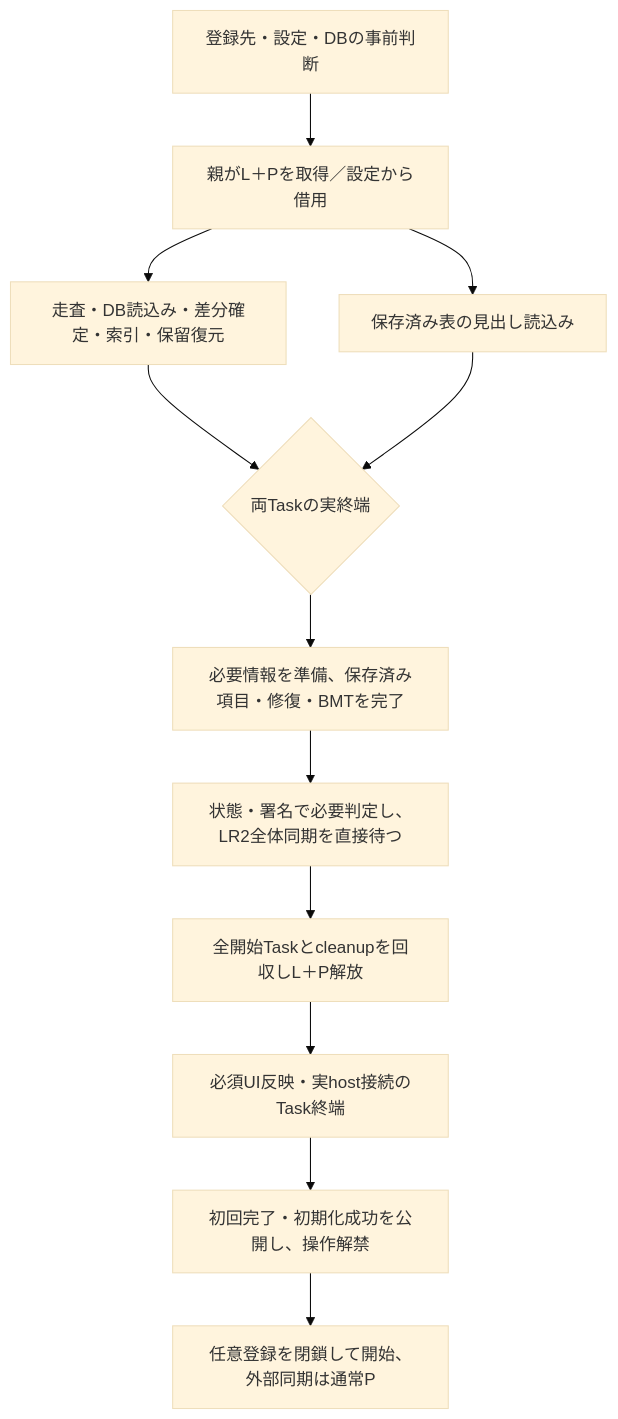
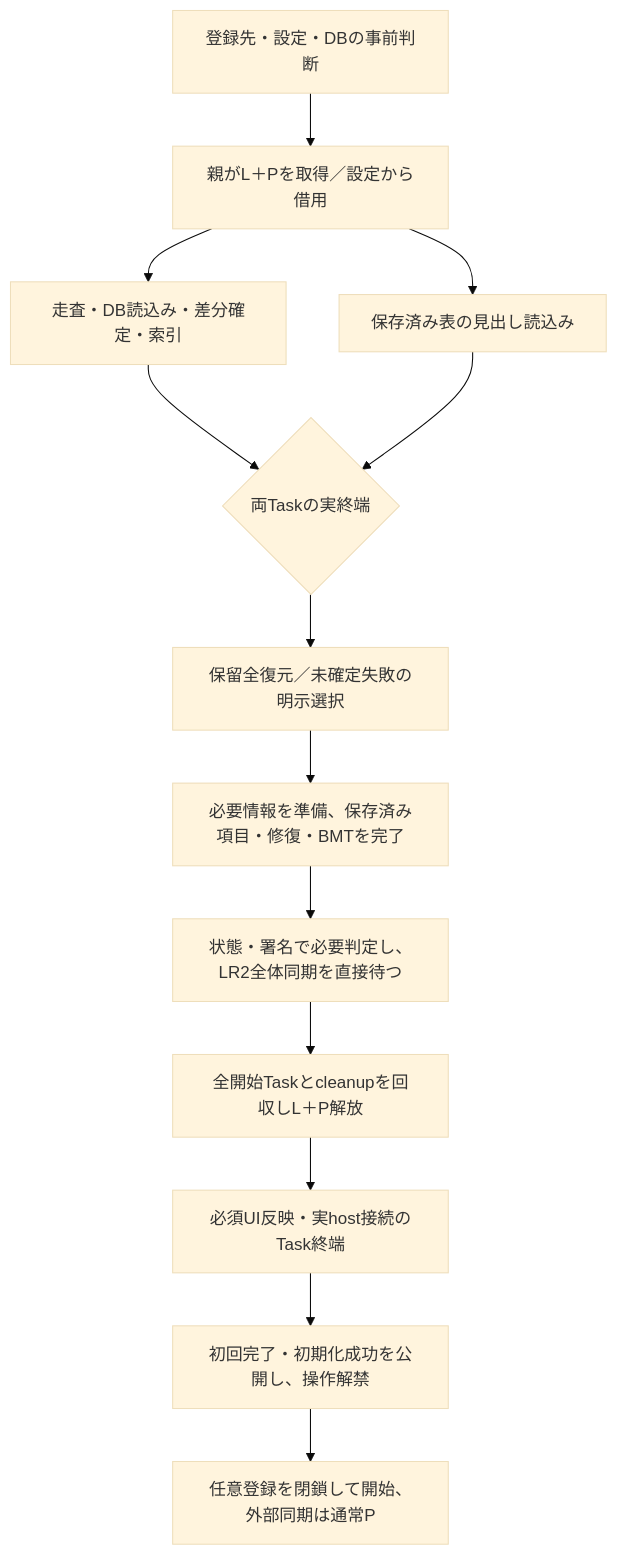
The first of 2 diagrams in devdocs/spec/runtime/startup.md (Neeted/bemusicseeker-unofficial-fork), drawn with Mermaid (base theme) before and after one commit. The commit also changed other lines of this file and 59 other files, not shown here.

````diff
--- a/devdocs/spec/runtime/startup.md
+++ b/devdocs/spec/runtime/startup.md
@@ -19,14 +19,15 @@
 ```mermaid
 flowchart TB
     Prepare["登録先・設定・DBの事前判断"] --> Parent["親がL＋Pを取得／設定から借用"]
-    Parent --> Files["走査・DB読込み・差分確定・索引・保留復元"]
+    Parent --> Files["走査・DB読込み・差分確定・索引"]
     Parent --> Headers["保存済み表の見出し読込み"]
     Files --> Join{"両Taskの実終端"}
     Headers --> Join
-    Join --> Outputs["必要情報を準備、保存済み項目・修復・BMTを完了"]
+    Join --> Pending["保留全復元／未確定失敗の明示選択"]
+    Pending --> Outputs["必要情報を準備、保存済み項目・修復・BMTを完了"]
     Outputs --> Lr2["状態・署名で必要判定し、LR2全体同期を直接待つ"]
     Lr2 --> Release["全開始Taskとcleanupを回収しL＋P解放"]
     Release --> Ui["必須UI反映・実host接続のTask終端"]
     Ui --> Operable["初回完了・初期化成功を公開し、操作解禁"]
     Operable --> Followup["任意登録を閉鎖して開始、外部同期は通常P"]
 ```
````
